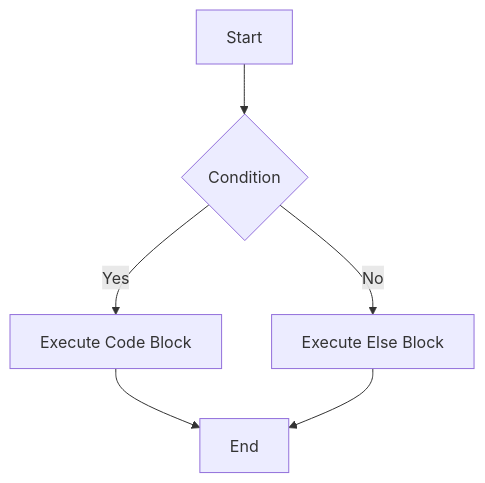
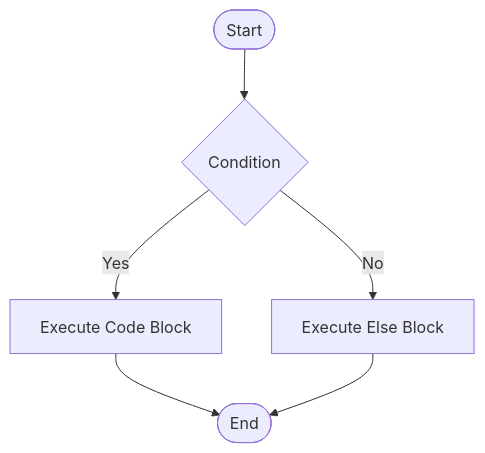
The seventh of 9 diagrams in NEP2020/2024/BCA/3rdsem/cs/solved/important/important-1.md (examdawn/content), drawn with Mermaid before and after one commit. The commit also changed other lines of this file, not shown here.

Commit message:
BCA: CS: Fix mermaid

````diff
--- a/NEP2020/2024/BCA/3rdsem/cs/solved/important/important-1.md
+++ b/NEP2020/2024/BCA/3rdsem/cs/solved/important/important-1.md
@@ -245,8 +245,8 @@
 ```mermaid
 graph TD
-    A[Start] --> B{Condition}
+    A([Start]) --> B{Condition}
     B -- Yes --> C[Execute Code Block]
     B -- No --> D[Execute Else Block]
-    C --> E[End]
+    C --> E([End])
     D --> E
 ```
````
